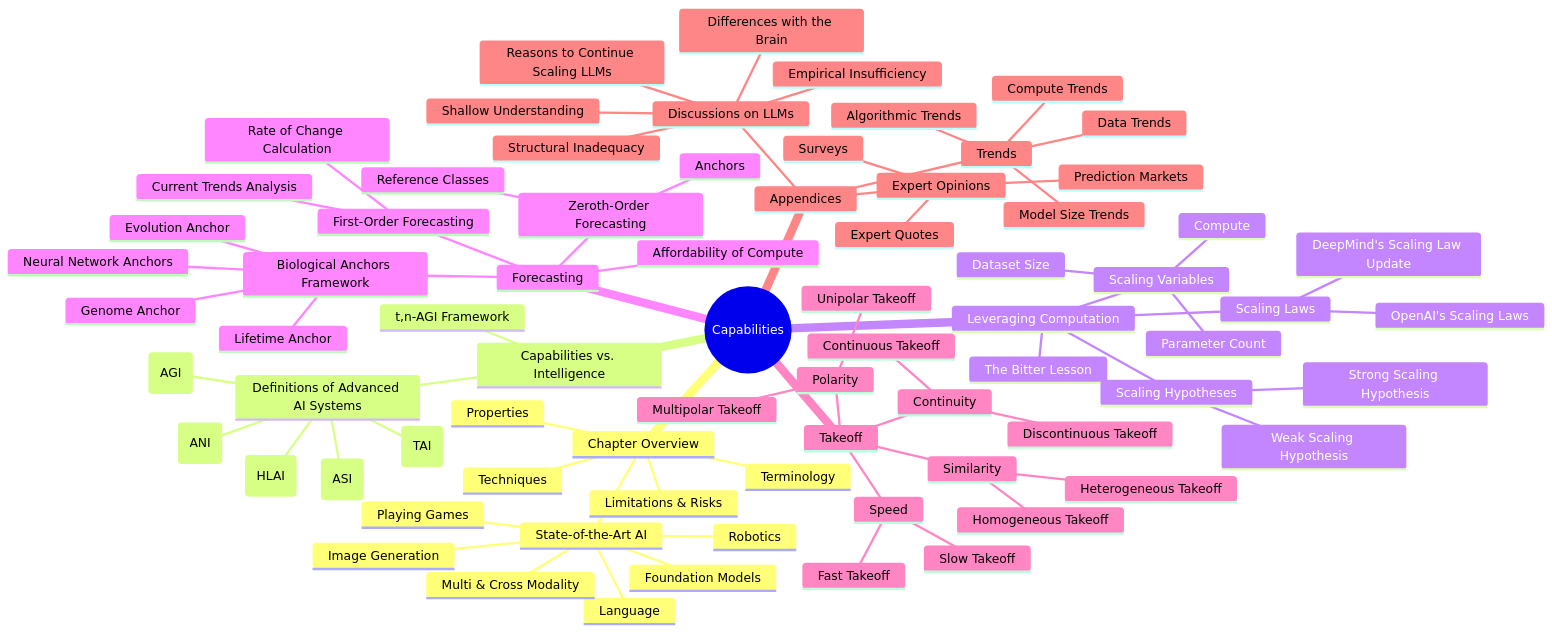
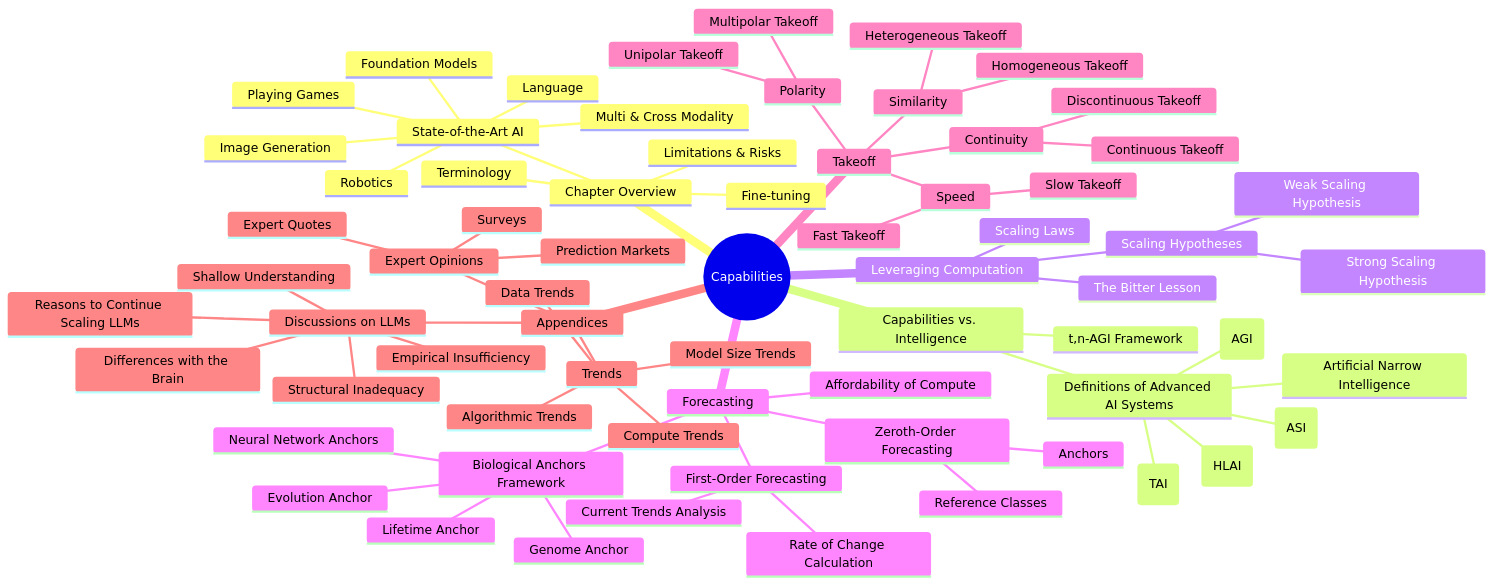
The diagram in docs/Chapters/1-Capabilities/README.md (CentreSecuriteIA/textbook), drawn with Mermaid before and after one commit. The commit also changed other lines of this file and 9 other files, not shown here.

````diff
--- a/docs/Chapters/1-Capabilities/README.md
+++ b/docs/Chapters/1-Capabilities/README.md
@@ -33,78 +36,71 @@
 ``` mermaid
 mindmap
     root((Capabilities))
         Chapter Overview
             State-of-the-Art AI
                 Language
                 Image Generation
                 Multi & Cross Modality
                 Robotics
                 Playing Games
                 Foundation Models
-            Techniques
-            Properties
+            Fine-tuning
             Limitations & Risks
             Terminology
         Capabilities vs. Intelligence
             Definitions of Advanced AI Systems
-                Artificial Narrow Intelligence (ANI)
+                Artificial Narrow Intelligence
                 Artificial General Intelligence (AGI)
                 Human-Level AI (HLAI)
                 Transformative AI (TAI)
                 Artificial Super Intelligence (ASI)
             t,n-AGI Framework
         Leveraging Computation
             The Bitter Lesson
-            Scaling Variables
-                Compute
-                Dataset Size
-                Parameter Count
             Scaling Laws
-                OpenAI's Scaling Laws
-                DeepMind's Scaling Law Update
             Scaling Hypotheses
                 Weak Scaling Hypothesis
                 Strong Scaling Hypothesis
         Forecasting
             Zeroth-Order Forecasting
                 Reference Classes
                 Anchors
             First-Order Forecasting
                 Current Trends Analysis
                 Rate of Change Calculation
             Biological Anchors Framework
                 Evolution Anchor
                 Lifetime Anchor
                 Neural Network Anchors
                 Genome Anchor
             Affordability of Compute
         Takeoff
             Speed
                 Slow Takeoff
                 Fast Takeoff
             Continuity
                 Continuous Takeoff
                 Discontinuous Takeoff
             Similarity
                 Homogeneous Takeoff
                 Heterogeneous Takeoff
             Polarity
                 Unipolar Takeoff
                 Multipolar Takeoff
         Appendices
             Expert Opinions
                 Surveys
                 Expert Quotes
                 Prediction Markets
             Discussions on LLMs
                 Empirical Insufficiency
                 Shallow Understanding
                 Structural Inadequacy
                 Differences with the Brain
                 Reasons to Continue Scaling LLMs
             Trends
                 Compute Trends
                 Model Size Trends
                 Algorithmic Trends
                 Data Trends
 ```
````
